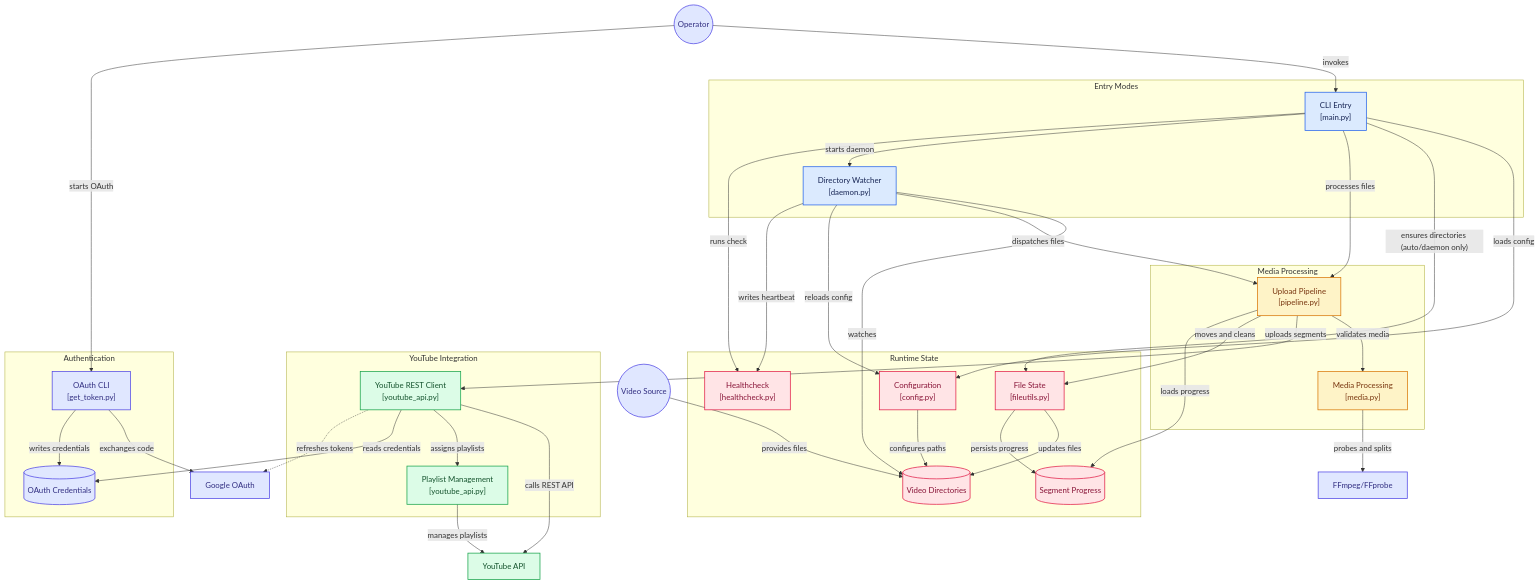
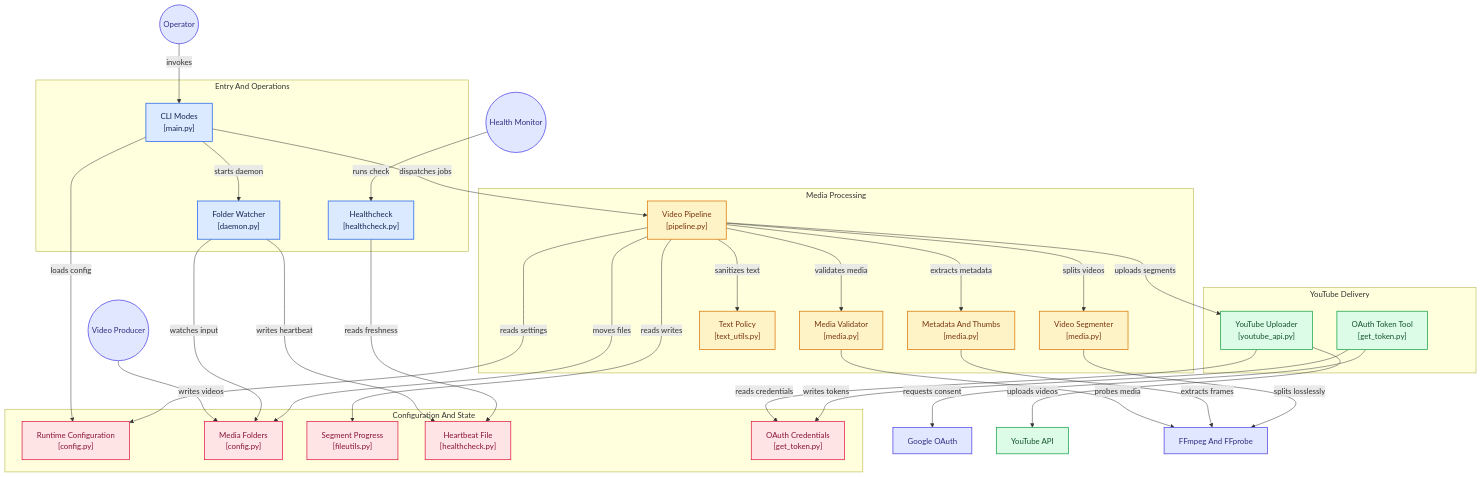
Before and after one commit to chaos7x/yt-upload: the diagram in ARCHITECTURE.md, drawn with Mermaid.

Commit message:
Update ARCHITECTURE.md (#93)
Update meremaid

````diff
--- a/ARCHITECTURE.md
+++ b/ARCHITECTURE.md
@@ -7,78 +7,80 @@
 ```mermaid
 flowchart TD
 
-subgraph group_entry["Entry Modes"]
-  node_main["CLI Entry<br/>[main.py]"]
-  node_daemon["Directory Watcher<br/>[daemon.py]"]
+subgraph group_entry["Entry And Operations"]
+  node_cli_modes["CLI Modes<br/>[main.py]"]
+  node_folder_watcher["Folder Watcher<br/>[daemon.py]"]
+  node_healthcheck["Healthcheck<br/>[healthcheck.py]"]
 end
 
-subgraph group_processing["Media Processing"]
-  node_pipeline["Upload Pipeline<br/>[pipeline.py]"]
-  node_media["Media Processing<br/>[media.py]"]
+subgraph group_media["Media Processing"]
+  node_video_pipeline["Video Pipeline<br/>[pipeline.py]"]
+  node_validator["Media Validator<br/>[media.py]"]
+  node_metadata_thumbs["Metadata And Thumbs<br/>[media.py]"]
+  node_segmenter["Video Segmenter<br/>[media.py]"]
+  node_text_policy["Text Policy<br/>[text_utils.py]"]
 end
 
-subgraph group_youtube["YouTube Integration"]
-  node_youtube_api["YouTube REST Client<br/>[youtube_api.py]"]
-  node_playlists["Playlist Management<br/>[youtube_api.py]"]
+subgraph group_delivery["YouTube Delivery"]
+  node_youtube_uploader["YouTube Uploader<br/>[youtube_api.py]"]
+  node_oauth_tool["OAuth Token Tool<br/>[get_token.py]"]
 end
 
-subgraph group_state["Runtime State"]
-  node_config["Configuration<br/>[config.py]"]
-  node_file_state["File State<br/>[fileutils.py]"]
-  node_video_dirs[("Video Directories")]
-  node_progress_state[("Segment Progress")]
-  node_health["Healthcheck<br/>[healthcheck.py]"]
-end
-
-subgraph group_auth["Authentication"]
-  node_get_token["OAuth CLI<br/>[get_token.py]"]
-  node_credentials[("OAuth Credentials")]
+subgraph group_state["Configuration And State"]
+  node_config["Runtime Configuration<br/>[config.py]"]
+  node_media_folders["Media Folders<br/>[config.py]"]
+  node_progress_state["Segment Progress<br/>[fileutils.py]"]
+  node_heartbeat["Heartbeat File<br/>[healthcheck.py]"]
+  node_oauth_credentials["OAuth Credentials<br/>[get_token.py]"]
 end
 
 node_operator(("Operator"))
-node_video_source(("Video Source"))
-node_ffmpeg["FFmpeg/FFprobe"]
-node_google_youtube["YouTube API"]
-node_oauth_google["Google OAuth"]
+node_video_producer(("Video Producer"))
+node_health_monitor(("Health Monitor"))
+node_google_oauth["Google OAuth"]
+node_youtube_service["YouTube API"]
+node_ffmpeg["FFmpeg And FFprobe"]
 
-node_operator -->|"invokes"| node_main
-node_video_source -->|"provides files"| node_video_dirs
-node_main -->|"loads config"| node_config
-node_main -->|"ensures directories (auto/daemon only)"| node_file_state
-node_main -->|"processes files"| node_pipeline
-node_main -->|"starts daemon"| node_daemon
-node_main -->|"runs check"| node_health
-node_daemon -->|"watches"| node_video_dirs
-node_daemon -->|"dispatches files"| node_pipeline
-node_daemon -->|"reloads config"| node_config
-node_daemon -->|"writes heartbeat"| node_health
-node_pipeline -->|"validates media"| node_media
-node_media -->|"probes and splits"| node_ffmpeg
-node_pipeline -->|"uploads segments"| node_youtube_api
-node_pipeline -->|"moves and cleans"| node_file_state
-node_pipeline -->|"loads progress"| node_progress_state
-node_file_state -->|"updates files"| node_video_dirs
-node_file_state -->|"persists progress"| node_progress_state
-node_youtube_api -->|"calls REST API"| node_google_youtube
-node_youtube_api -->|"assigns playlists"| node_playlists
-node_playlists -->|"manages playlists"| node_google_youtube
-node_operator -->|"starts OAuth"| node_get_token
-node_get_token -->|"exchanges code"| node_oauth_google
-node_get_token -->|"writes credentials"| node_credentials
-node_youtube_api -->|"reads credentials"| node_credentials
-node_config -->|"configures paths"| node_video_dirs
-node_youtube_api -.->|"refreshes tokens"| node_oauth_google
+node_operator -->|"invokes"| node_cli_modes
+node_video_producer -->|"writes videos"| node_media_folders
+node_cli_modes -->|"loads config"| node_config
+node_cli_modes -->|"starts daemon"| node_folder_watcher
+node_cli_modes -->|"dispatches jobs"| node_video_pipeline
+node_health_monitor -->|"runs check"| node_healthcheck
+node_folder_watcher -->|"watches input"| node_media_folders
+node_folder_watcher -->|"writes heartbeat"| node_heartbeat
+node_video_pipeline -->|"reads settings"| node_config
+node_video_pipeline -->|"validates media"| node_validator
+node_video_pipeline -->|"extracts metadata"| node_metadata_thumbs
+node_video_pipeline -->|"splits videos"| node_segmenter
+node_video_pipeline -->|"sanitizes text"| node_text_policy
+node_video_pipeline -->|"moves files"| node_media_folders
+node_video_pipeline -->|"reads writes"| node_progress_state
+node_video_pipeline -->|"uploads segments"| node_youtube_uploader
+node_validator -->|"probes media"| node_ffmpeg
+node_metadata_thumbs -->|"extracts frames"| node_ffmpeg
+node_segmenter -->|"splits losslessly"| node_ffmpeg
+node_youtube_uploader -->|"reads credentials"| node_oauth_credentials
+node_youtube_uploader -->|"uploads videos"| node_youtube_service
+node_oauth_tool -->|"requests consent"| node_google_oauth
+node_oauth_tool -->|"writes tokens"| node_oauth_credentials
+node_healthcheck -->|"reads freshness"| node_heartbeat
 
-click node_main "https://github.com/chaos7x/yt-upload/blob/main/src/yt_upload/main.py"
-click node_daemon "https://github.com/chaos7x/yt-upload/blob/main/src/yt_upload/daemon.py"
-click node_pipeline "https://github.com/chaos7x/yt-upload/blob/main/src/yt_upload/pipeline.py"
-click node_media "https://github.com/chaos7x/yt-upload/blob/main/src/yt_upload/media.py"
-click node_youtube_api "https://github.com/chaos7x/yt-upload/blob/main/src/yt_upload/youtube_api.py"
-click node_playlists "https://github.com/chaos7x/yt-upload/blob/main/src/yt_upload/youtube_api.py"
+click node_cli_modes "https://github.com/chaos7x/yt-upload/blob/main/src/yt_upload/main.py"
+click node_folder_watcher "https://github.com/chaos7x/yt-upload/blob/main/src/yt_upload/daemon.py"
+click node_healthcheck "https://github.com/chaos7x/yt-upload/blob/main/src/yt_upload/healthcheck.py"
+click node_video_pipeline "https://github.com/chaos7x/yt-upload/blob/main/src/yt_upload/pipeline.py"
+click node_validator "https://github.com/chaos7x/yt-upload/blob/main/src/yt_upload/media.py"
+click node_metadata_thumbs "https://github.com/chaos7x/yt-upload/blob/main/src/yt_upload/media.py"
+click node_segmenter "https://github.com/chaos7x/yt-upload/blob/main/src/yt_upload/media.py"
+click node_text_policy "https://github.com/chaos7x/yt-upload/blob/main/src/yt_upload/text_utils.py"
+click node_youtube_uploader "https://github.com/chaos7x/yt-upload/blob/main/src/yt_upload/youtube_api.py"
+click node_oauth_tool "https://github.com/chaos7x/yt-upload/blob/main/src/get_token/get_token.py"
 click node_config "https://github.com/chaos7x/yt-upload/blob/main/src/yt_upload/config.py"
-click node_file_state "https://github.com/chaos7x/yt-upload/blob/main/src/yt_upload/fileutils.py"
-click node_health "https://github.com/chaos7x/yt-upload/blob/main/src/yt_upload/healthcheck.py"
-click node_get_token "https://github.com/chaos7x/yt-upload/blob/main/src/get_token/get_token.py"
+click node_media_folders "https://github.com/chaos7x/yt-upload/blob/main/src/yt_upload/config.py"
+click node_progress_state "https://github.com/chaos7x/yt-upload/blob/main/src/yt_upload/fileutils.py"
+click node_heartbeat "https://github.com/chaos7x/yt-upload/blob/main/src/yt_upload/healthcheck.py"
+click node_oauth_credentials "https://github.com/chaos7x/yt-upload/blob/main/src/get_token/get_token.py"
 
 classDef toneNeutral fill:#f8fafc,stroke:#334155,stroke-width:1.5px,color:#0f172a
 classDef toneBlue fill:#dbeafe,stroke:#2563eb,stroke-width:1.5px,color:#172554
@@ -87,9 +89,9 @@
 classDef toneRose fill:#ffe4e6,stroke:#e11d48,stroke-width:1.5px,color:#881337
 classDef toneIndigo fill:#e0e7ff,stroke:#4f46e5,stroke-width:1.5px,color:#312e81
 classDef toneTeal fill:#ccfbf1,stroke:#0f766e,stroke-width:1.5px,color:#134e4a
-class node_main,node_daemon toneBlue
-class node_pipeline,node_media toneAmber
-class node_youtube_api,node_playlists,node_google_youtube toneMint
-class node_config,node_file_state,node_video_dirs,node_progress_state,node_health toneRose
-class node_get_token,node_credentials,node_operator,node_video_source,node_ffmpeg,node_oauth_google toneIndigo
+class node_cli_modes,node_folder_watcher,node_healthcheck toneBlue
+class node_video_pipeline,node_validator,node_metadata_thumbs,node_segmenter,node_text_policy toneAmber
+class node_youtube_uploader,node_oauth_tool,node_youtube_service toneMint
+class node_config,node_media_folders,node_progress_state,node_heartbeat,node_oauth_credentials toneRose
+class node_operator,node_video_producer,node_health_monitor,node_google_oauth,node_ffmpeg toneIndigo
 ```
````
